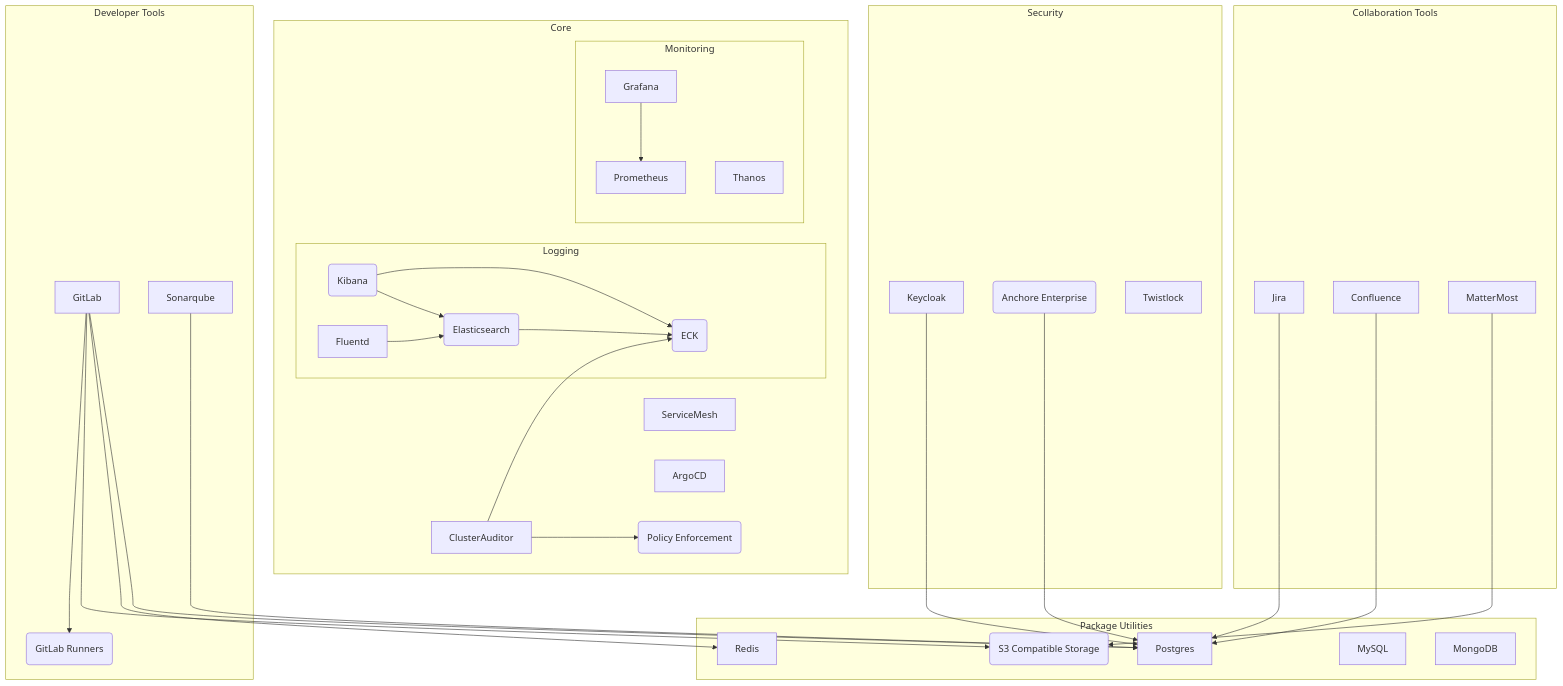
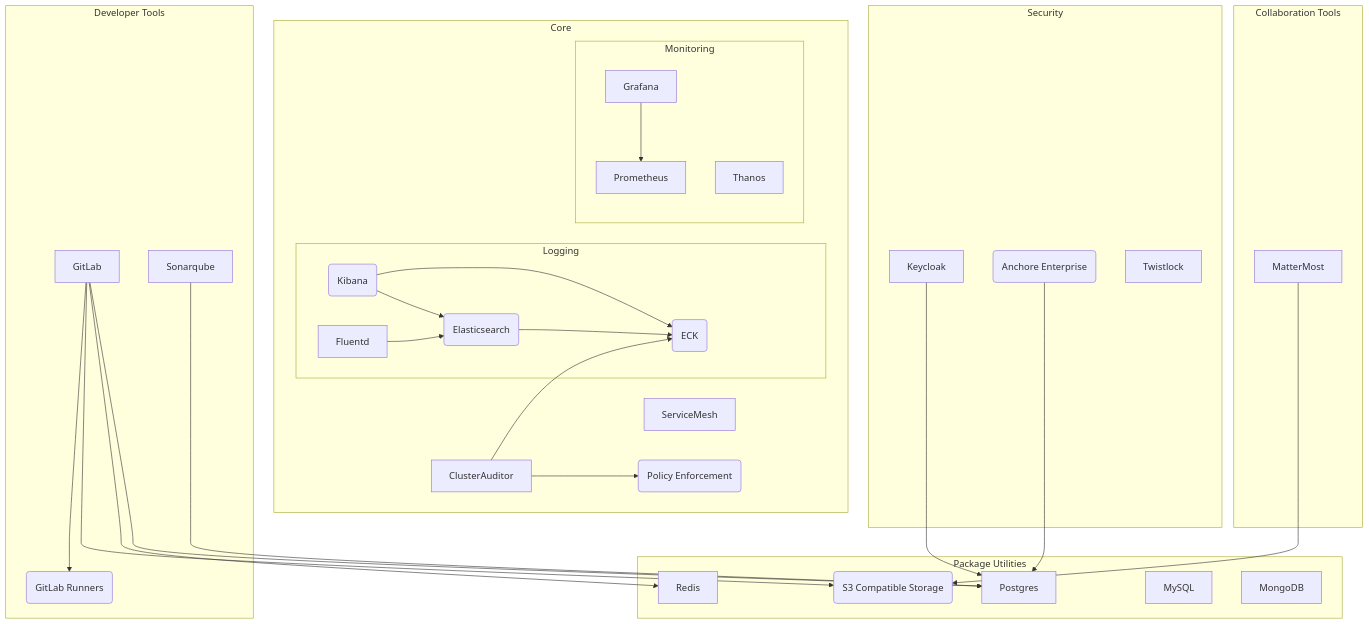
One commit to DoD-Platform-One/bigbang changed the first of 6 diagrams in charter/BigBangPackages.md. Above: the diagram before and after it, drawn with Mermaid.

Commit message:
mermaid is not my friend

````diff
--- a/charter/BigBangPackages.md
+++ b/charter/BigBangPackages.md
@@ -11,52 +11,49 @@
 ```mermaid
 graph TB
   subgraph "Core"
   subgraph "Logging"
   LoggingElastic(Elasticsearch)
   LoggingKibana(Kibana)
   LoggingECK(ECK)
   LoggingElastic  --> LoggingECK
   LoggingKibana  --> LoggingECK
   LoggingKibana --> LoggingElastic
   Fluentd --> LoggingElastic
   end
   subgraph "Monitoring"
   Grafana --> Prometheus
   Thanos
   end
   ServiceMesh
-  ArgoCD
   
   ClusterAuditor --> LoggingECK
   ClusterAuditor --> OPA(Policy Enforcement)
   end      
 
   subgraph "Package Utilities"
     Postgres
     MinIO(S3 Compatible Storage)
     Redis
     MySQL
     MongoDB
   end
 
   subgraph "Security"
   Keycloak --> Postgres
   Anchore(Anchore Enterprise) --> Postgres
   Twistlock
   end
 
   subgraph "Developer Tools"
     GitLab --> GitLabRunners(GitLab Runners)
     GitLab --> MinIO
     GitLab --> Redis
     GitLab --> Postgres
     Sonarqube --> Postgres
   end
 
   subgraph "Collaboration Tools"
-    Jira --> Postgres
-    Confluence --> Postgres
     MatterMost --> MinIO
   end
 
 ```
````
